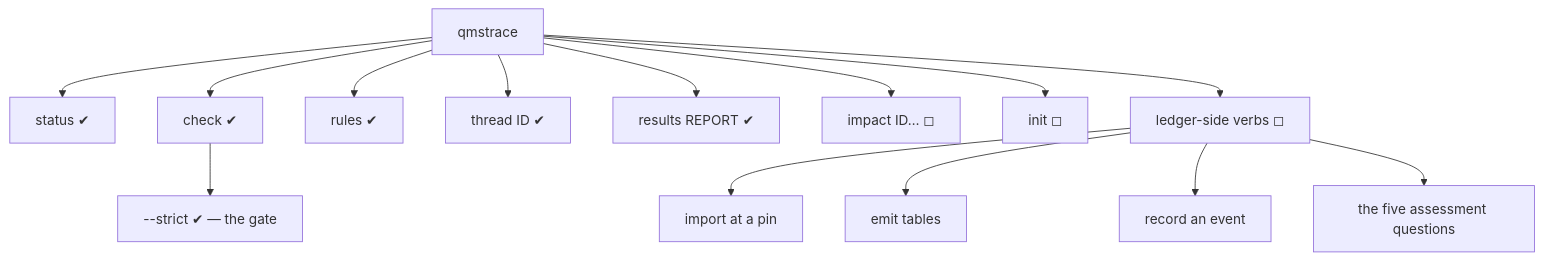
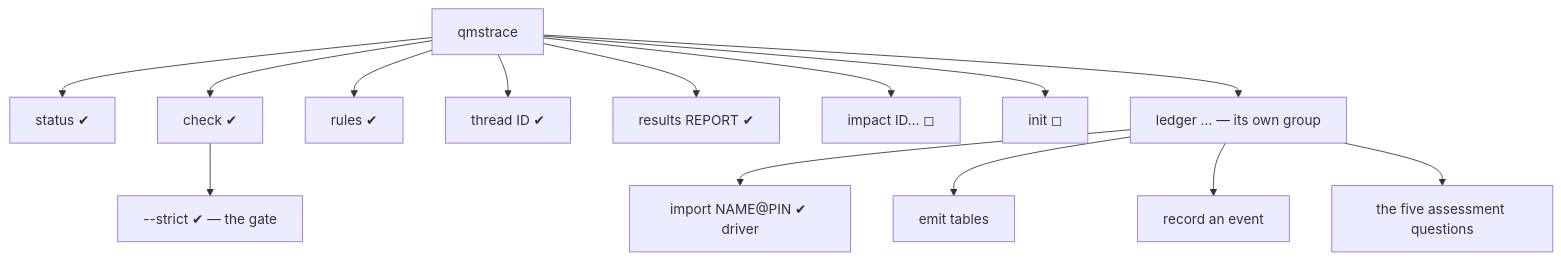
Before and after one commit to Lightbridge-KS/qmstrace: the first of 4 diagrams in docs/design/surface-architecture.md, drawn with Mermaid. The commit also changed other lines of this file and 5 other files, not shown here.

First line of the commit message:
docs(design): settle seven open decisions — Assumes (D10), a verified copy of the schema (D9), and more

````diff
--- a/docs/design/surface-architecture.md
+++ b/docs/design/surface-architecture.md
@@ -56,16 +56,16 @@
 ```mermaid
 flowchart TD
     cli["qmstrace"] --> status["status ✔"]
     cli --> check["check ✔"]
     check --> strict["--strict ✔ — the gate"]
     cli --> rules["rules ✔"]
     cli --> thread["thread ID ✔"]
     cli --> results["results REPORT ✔"]
     cli --> impact["impact ID… ◻"]
     cli --> init["init ◻"]
-    cli --> ledger["ledger-side verbs ◻"]
-    ledger --> import["import at a pin"]
+    cli --> ledger["ledger … — its own group"]
+    ledger --> import["import NAME@PIN ✔ driver"]
     ledger --> emit["emit tables"]
     ledger --> event["record an event"]
     ledger --> demo["the five assessment questions"]
 ```
````
